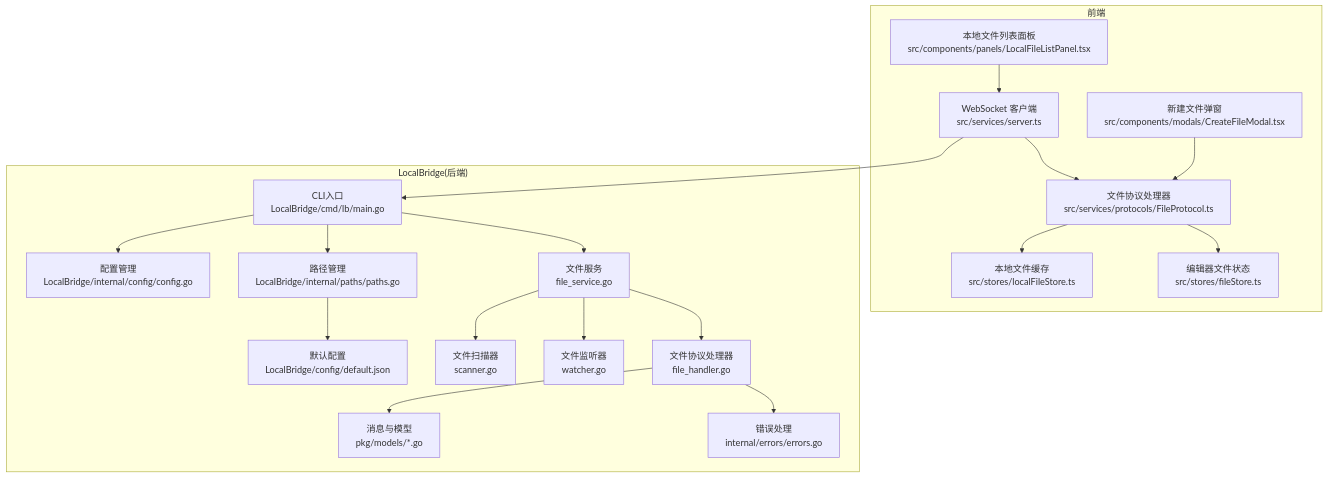
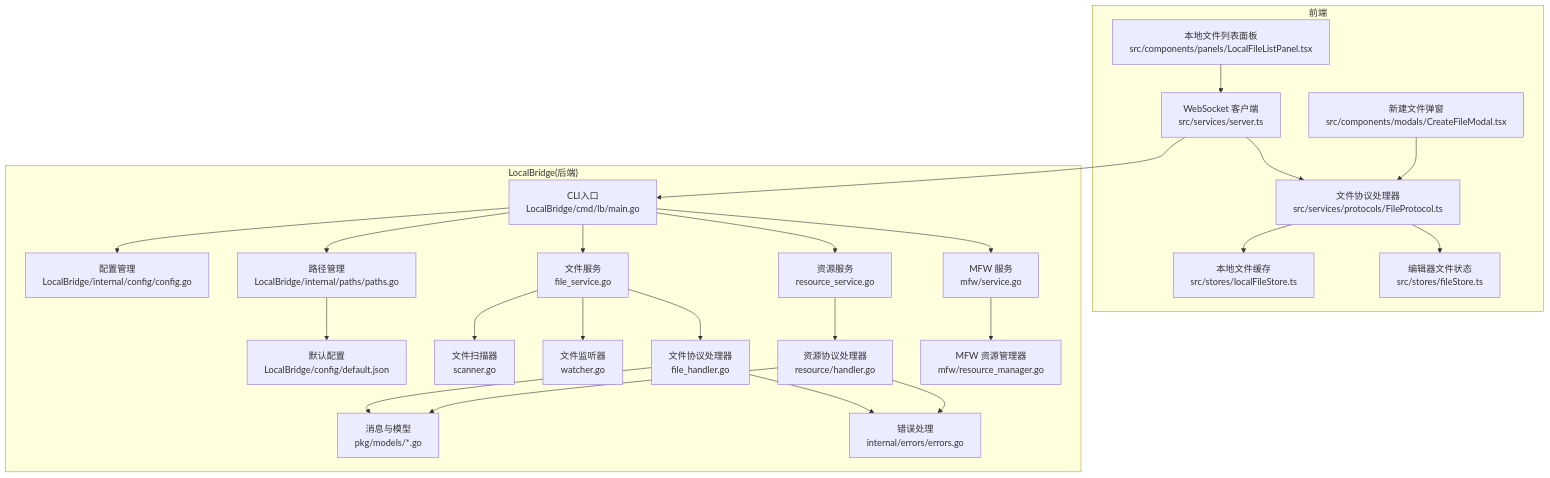
One commit to kqcoxn/MaaPipelineEditor changed the first of 3 diagrams in .qoder/repowiki/zh/content/核心概念/本地文件管理.md. Above: the diagram before and after it, drawn with Mermaid. The commit also changed other lines of this file and 10 other files, not shown here.

````diff
--- a/.qoder/repowiki/zh/content/核心概念/本地文件管理.md
+++ b/.qoder/repowiki/zh/content/核心概念/本地文件管理.md
@@ -71,38 +79,48 @@
 ```mermaid
 graph TB
 subgraph "前端"
 FE_Server["WebSocket 客户端<br/>src/services/server.ts"]
 FE_Protocol["文件协议处理器<br/>src/services/protocols/FileProtocol.ts"]
 FE_LocalStore["本地文件缓存<br/>src/stores/localFileStore.ts"]
 FE_FileStore["编辑器文件状态<br/>src/stores/fileStore.ts"]
 FE_ListPanel["本地文件列表面板<br/>src/components/panels/LocalFileListPanel.tsx"]
 FE_CreateModal["新建文件弹窗<br/>src/components/modals/CreateFileModal.tsx"]
 end
 subgraph "LocalBridge(后端)"
 LB_Main["CLI入口<br/>LocalBridge/cmd/lb/main.go"]
 LB_Config["配置管理<br/>LocalBridge/internal/config/config.go"]
 LB_Paths["路径管理<br/>LocalBridge/internal/paths/paths.go"]
 LB_DefaultConfig["默认配置<br/>LocalBridge/config/default.json"]
 LB_FileSvc["文件服务<br/>file_service.go"]
 LB_Scanner["文件扫描器<br/>scanner.go"]
 LB_Watcher["文件监听器<br/>watcher.go"]
-LB_Handler["文件协议处理器<br/>file_handler.go"]
+LB_FileHandler["文件协议处理器<br/>file_handler.go"]
+LB_ResSvc["资源服务<br/>resource_service.go"]
+LB_ResHandler["资源协议处理器<br/>resource/handler.go"]
+LB_MFW["MFW 服务<br/>mfw/service.go"]
+LB_RM["MFW 资源管理器<br/>mfw/resource_manager.go"]
 LB_Models["消息与模型<br/>pkg/models/*.go"]
 LB_Errors["错误处理<br/>internal/errors/errors.go"]
 end
 FE_Server --> FE_Protocol
 FE_Protocol --> FE_LocalStore
 FE_Protocol --> FE_FileStore
 FE_ListPanel --> FE_Server
 FE_CreateModal --> FE_Protocol
 FE_Server --> LB_Main
 LB_Main --> LB_Config
 LB_Main --> LB_Paths
 LB_Main --> LB_FileSvc
+LB_Main --> LB_ResSvc
+LB_Main --> LB_MFW
 LB_Paths --> LB_DefaultConfig
 LB_FileSvc --> LB_Scanner
 LB_FileSvc --> LB_Watcher
-LB_FileSvc --> LB_Handler
-LB_Handler --> LB_Models
-LB_Handler --> LB_Errors
+LB_FileSvc --> LB_FileHandler
+LB_ResSvc --> LB_ResHandler
+LB_MFW --> LB_RM
+LB_FileHandler --> LB_Models
+LB_ResHandler --> LB_Models
+LB_FileHandler --> LB_Errors
+LB_ResHandler --> LB_Errors
 ```
````
